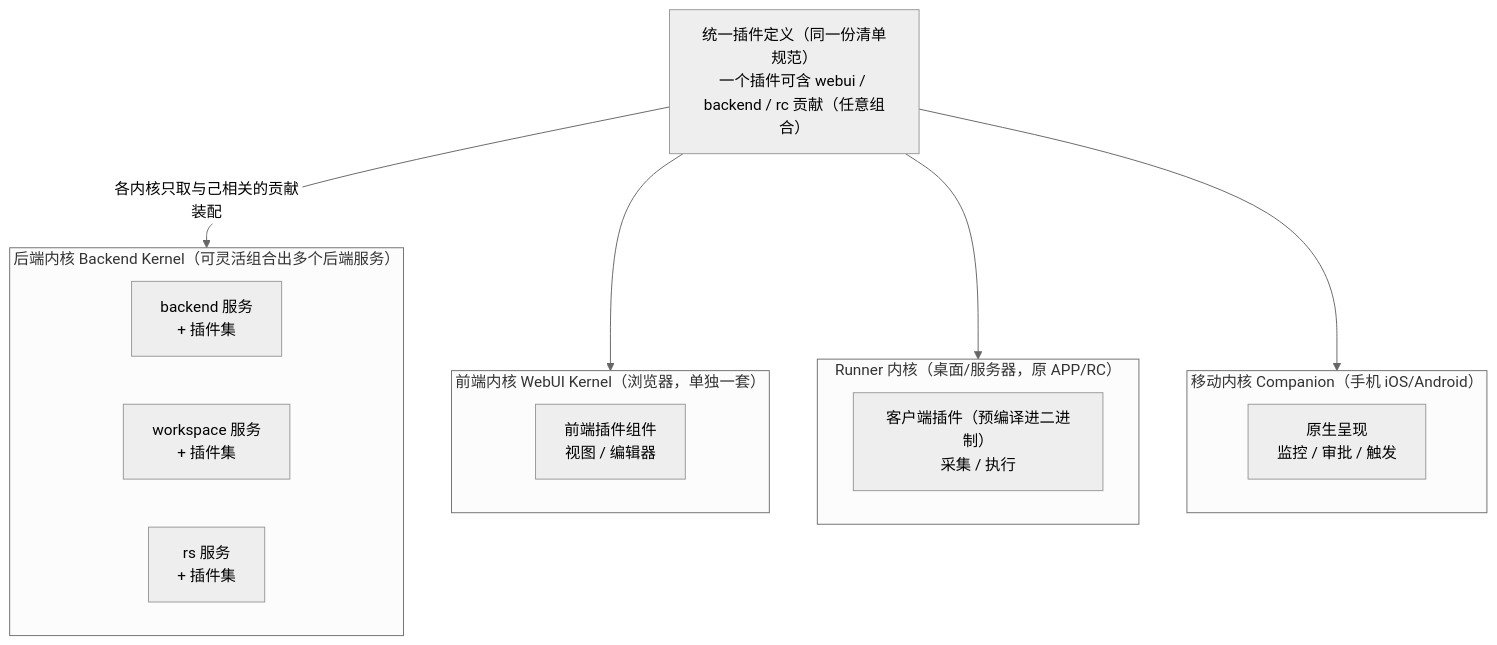
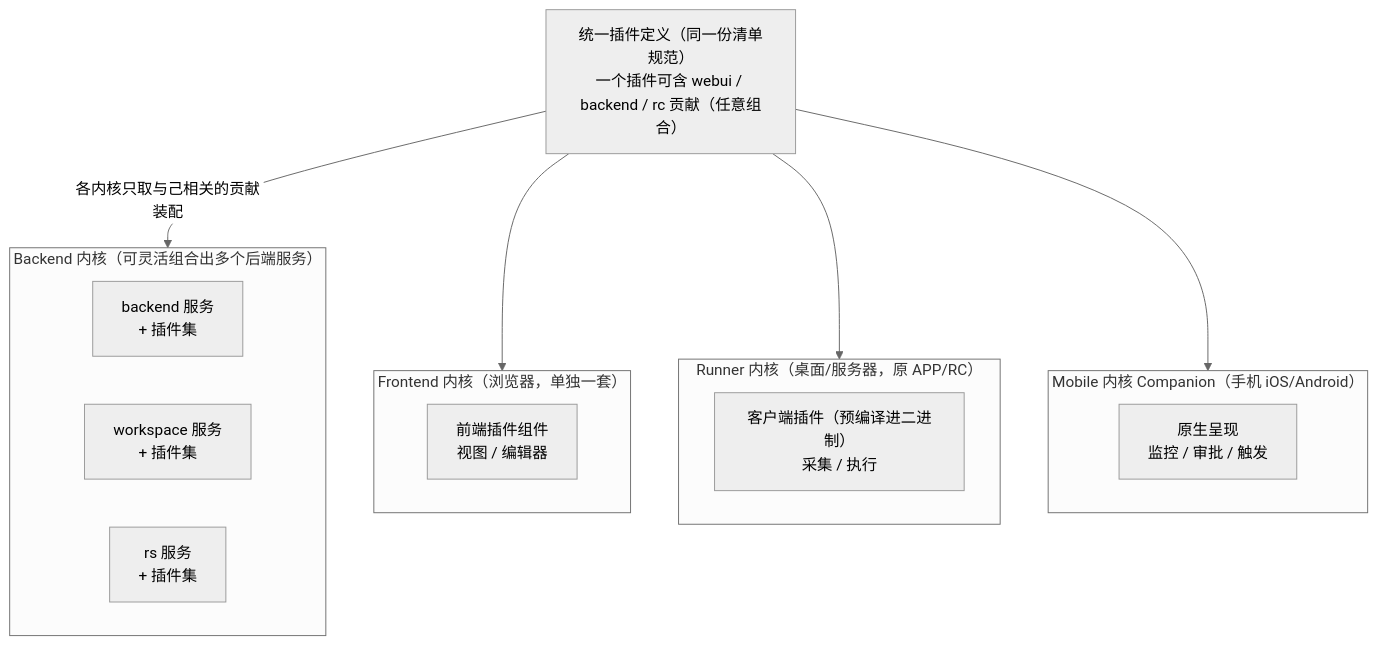
The first of 5 diagrams in docs/dev/architecture/系统架构.md (yandt/VastPlan), drawn with Mermaid (neutral theme) before and after one commit. The commit also changed other lines of this file and 4 other files, not shown here.

First line of the commit message:
docs: 统一四内核命名规范（ADR-0015）——backend/frontend/runner/mobile

````diff
--- a/docs/dev/architecture/系统架构.md
+++ b/docs/dev/architecture/系统架构.md
@@ -77,29 +77,29 @@
 ```mermaid
 flowchart TB
   DEF["统一插件定义（同一份清单规范）<br/>一个插件可含 webui / backend / rc 贡献（任意组合）"]
 
   DEF -->|各内核只取与己相关的贡献装配| BK
   DEF --> WK
   DEF --> RK
 
-  subgraph BK["后端内核 Backend Kernel（可灵活组合出多个后端服务）"]
+  subgraph BK["Backend 内核（可灵活组合出多个后端服务）"]
     direction LR
     B1["backend 服务<br/>+ 插件集"]
     B2["workspace 服务<br/>+ 插件集"]
     B3["rs 服务<br/>+ 插件集"]
   end
 
-  subgraph WK["前端内核 WebUI Kernel（浏览器，单独一套）"]
+  subgraph WK["Frontend 内核（浏览器，单独一套）"]
     W1["前端插件组件<br/>视图 / 编辑器"]
   end
 
   subgraph RK["Runner 内核（桌面/服务器，原 APP/RC）"]
     R1["客户端插件（预编译进二进制）<br/>采集 / 执行"]
   end
 
-  subgraph MK["移动内核 Companion（手机 iOS/Android）"]
+  subgraph MK["Mobile 内核 Companion（手机 iOS/Android）"]
     M1["原生呈现<br/>监控 / 审批 / 触发"]
   end
 
   DEF --> MK
 ```
````
